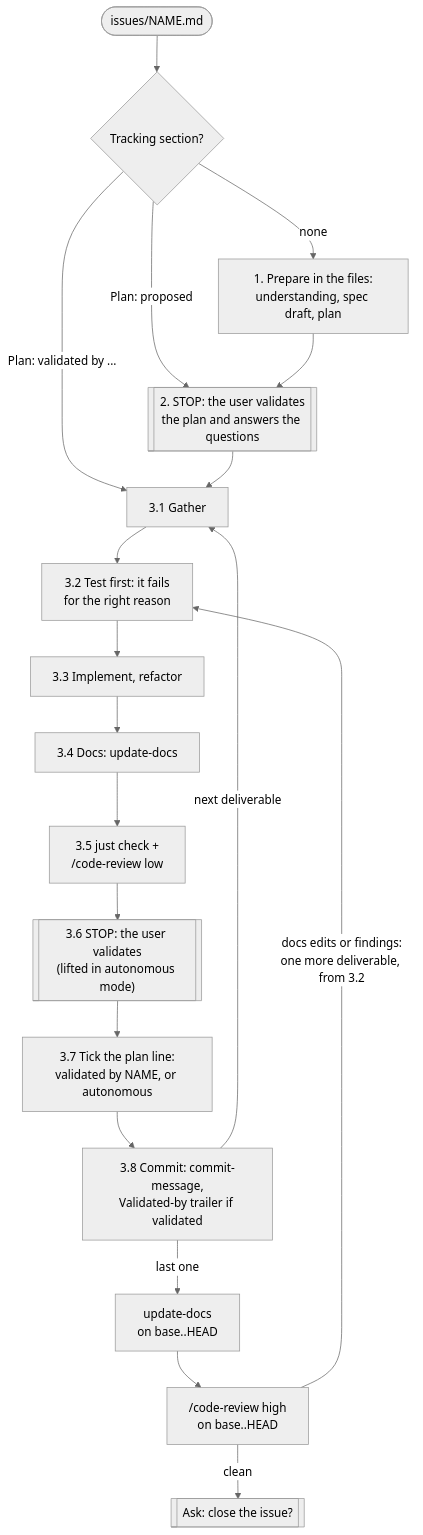
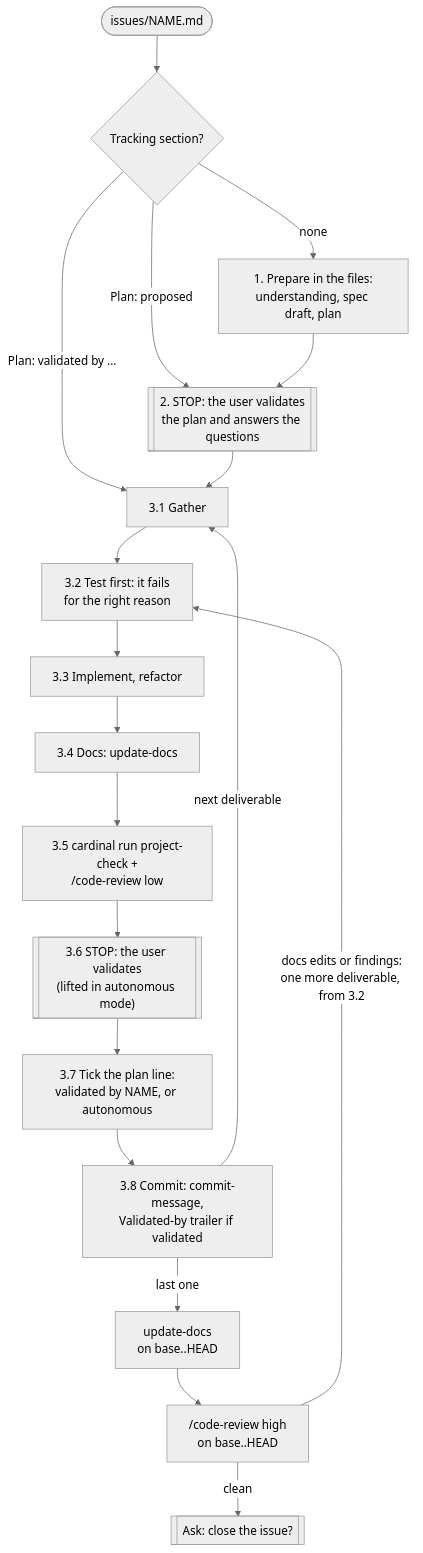
The second of 3 diagrams in docs/workflow.md (Electron-libre/cardinal), drawn with Mermaid (neutral theme) before and after one commit. The commit also changed other lines of this file and 11 other files, not shown here.

First line of the commit message:
docs: name cardinal run in the docs, just optional

````diff
--- a/docs/workflow.md
+++ b/docs/workflow.md
@@ -31,21 +31,21 @@
 ```mermaid
 flowchart TD
   start(["issues/NAME.md"]) --> resume{"Tracking section?"}
   resume -->|none| prepare["1. Prepare in the files:<br/>understanding, spec draft, plan"]
   resume -->|"Plan: proposed"| validate
   resume -->|"Plan: validated by ..."| gather
   prepare --> validate[["2. STOP: the user validates<br/>the plan and answers the questions"]]
   validate --> gather["3.1 Gather"]
   gather --> red["3.2 Test first: it fails<br/>for the right reason"]
   red --> green["3.3 Implement, refactor"]
   green --> docs["3.4 Docs: update-docs"]
-  docs --> review["3.5 just check +<br/>/code-review low"]
+  docs --> review["3.5 cardinal run project-check +<br/>/code-review low"]
   review --> human[["3.6 STOP: the user validates<br/>(lifted in autonomous mode)"]]
   human --> track["3.7 Tick the plan line:<br/>validated by NAME, or autonomous"]
   track --> commit["3.8 Commit: commit-message,<br/>Validated-by trailer if validated"]
   commit -->|next deliverable| gather
   commit -->|last one| issuedocs["update-docs<br/>on base..HEAD"]
   issuedocs --> high["/code-review high<br/>on base..HEAD"]
   high -->|"docs edits or findings:<br/>one more deliverable, from 3.2"| red
   high -->|clean| ask[["Ask: close the issue?"]]
 ```
````
